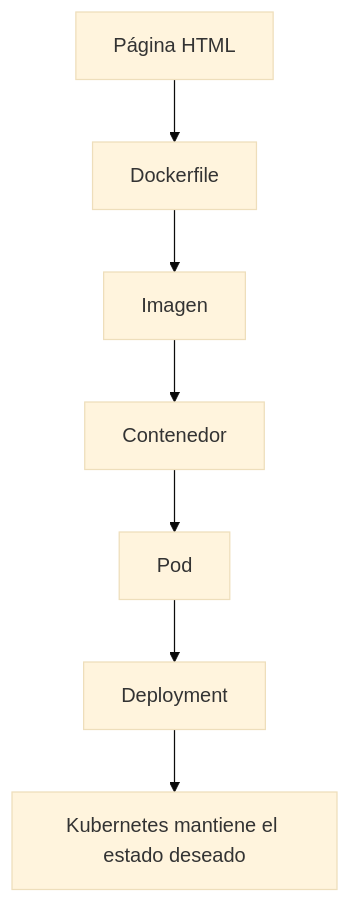
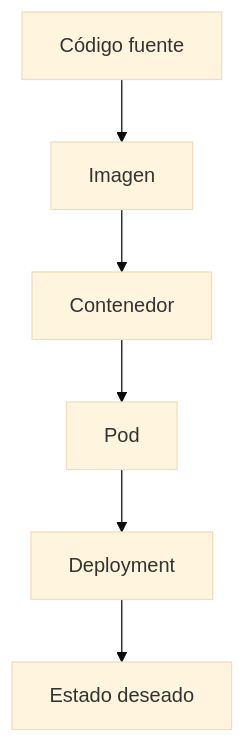
Before and after one commit to ieftraining/curso-openshift: the sixth of 6 diagrams in docs/sesion1/1.8-practica-imagen-cluster-completo.md, drawn with Mermaid (base theme). The commit also changed other lines of this file, not shown here.

````diff
--- a/docs/sesion1/1.8-practica-imagen-cluster-completo.md
+++ b/docs/sesion1/1.8-practica-imagen-cluster-completo.md
@@ -245,10 +364,9 @@
 ```mermaid
 flowchart TD
-    A[Página HTML]
-    --> B[Dockerfile]
-    --> C[Imagen]
-    --> D[Contenedor]
-    --> E[Pod]
-    --> F[Deployment]
-    --> G[Kubernetes mantiene el estado deseado]
+    A[Código fuente]
+    --> B[Imagen]
+    --> C[Contenedor]
+    --> D[Pod]
+    --> E[Deployment]
+    --> F[Estado deseado]
 ```
````
